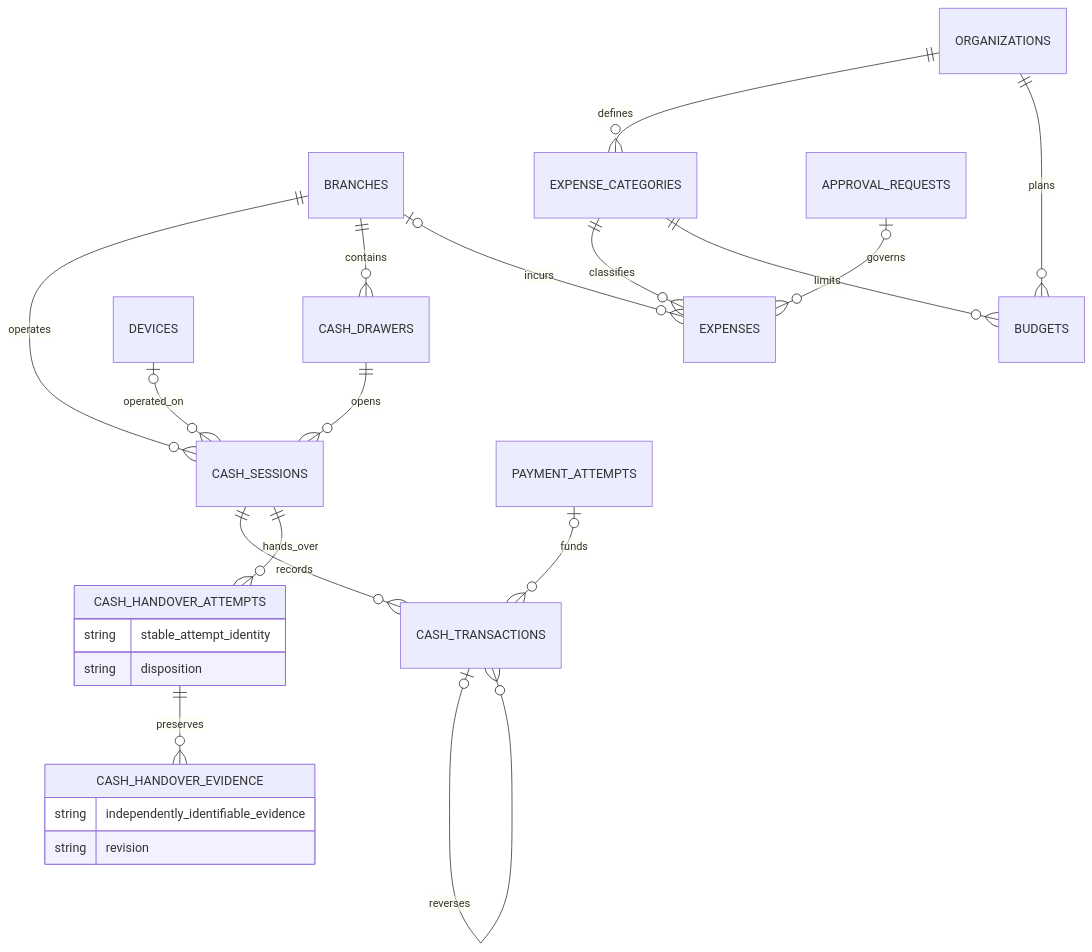
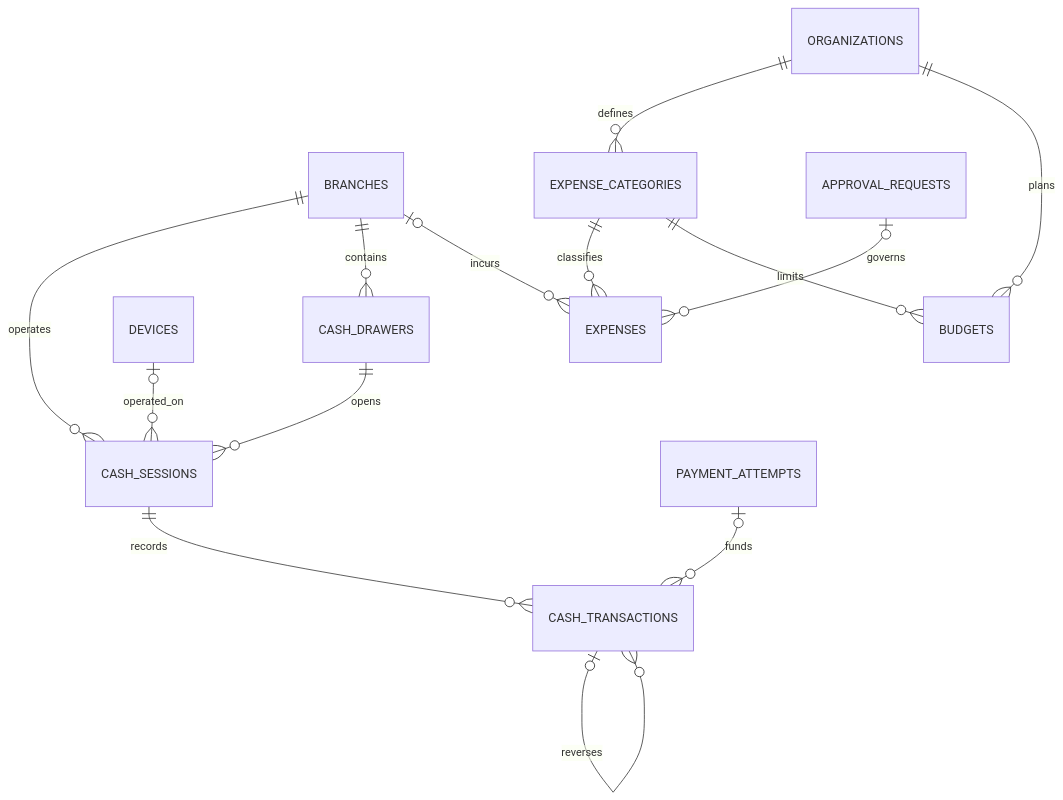
The seventh of 8 diagrams in docs/architecture/after_four_erd.md (dtvip195/after_four), drawn with Mermaid before and after one commit. The commit also changed other lines of this file and 3 other files, not shown here.

Commit message:
docs: separate CORE-02 and cash handover domains

````diff
--- a/docs/architecture/after_four_erd.md
+++ b/docs/architecture/after_four_erd.md
@@ -312,26 +327,16 @@
 ```mermaid
 erDiagram
-  CASH_HANDOVER_ATTEMPTS {
-    string stable_attempt_identity
-    string disposition
-  }
-  CASH_HANDOVER_EVIDENCE {
-    string independently_identifiable_evidence
-    string revision
-  }
   BRANCHES ||--o{ CASH_SESSIONS : operates
   BRANCHES ||--o{ CASH_DRAWERS : contains
   CASH_DRAWERS ||--o{ CASH_SESSIONS : opens
   DEVICES o|--o{ CASH_SESSIONS : operated_on
   CASH_SESSIONS ||--o{ CASH_TRANSACTIONS : records
-  CASH_SESSIONS ||--o{ CASH_HANDOVER_ATTEMPTS : hands_over
-  CASH_HANDOVER_ATTEMPTS ||--o{ CASH_HANDOVER_EVIDENCE : preserves
   PAYMENT_ATTEMPTS o|--o{ CASH_TRANSACTIONS : funds
   CASH_TRANSACTIONS o|--o{ CASH_TRANSACTIONS : reverses
   ORGANIZATIONS ||--o{ EXPENSE_CATEGORIES : defines
   EXPENSE_CATEGORIES ||--o{ EXPENSES : classifies
   BRANCHES o|--o{ EXPENSES : incurs
   ORGANIZATIONS ||--o{ BUDGETS : plans
   EXPENSE_CATEGORIES ||--o{ BUDGETS : limits
   APPROVAL_REQUESTS o|--o{ EXPENSES : governs
 ```
````
